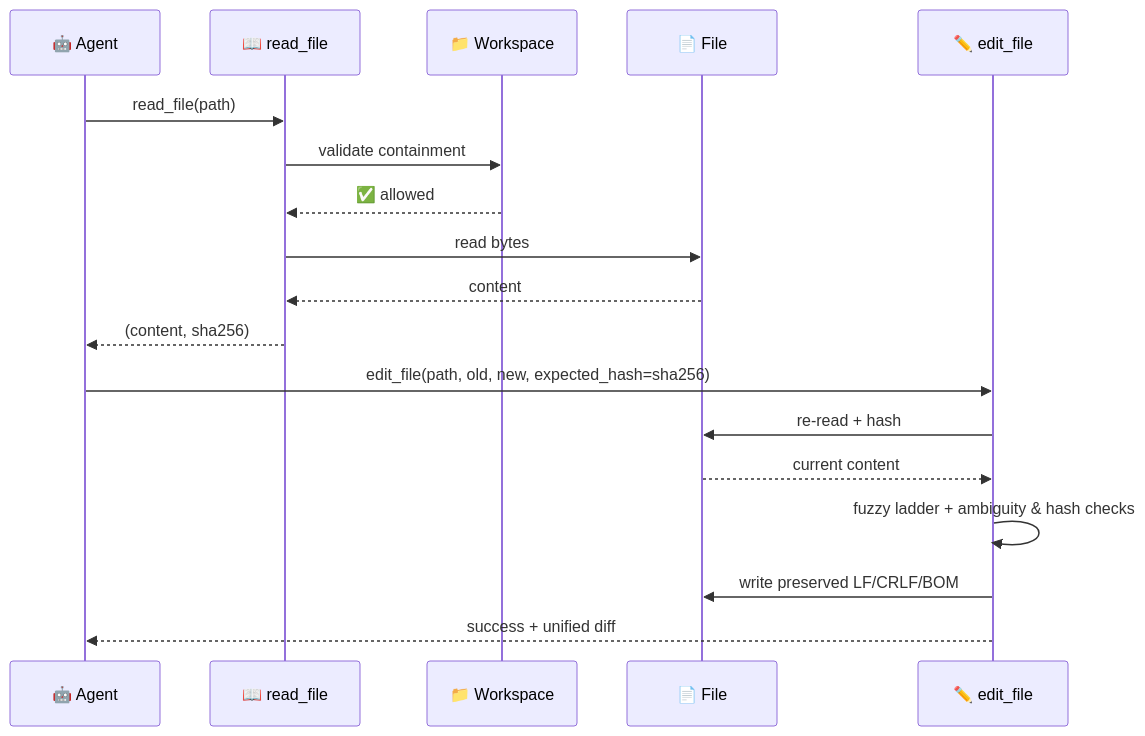
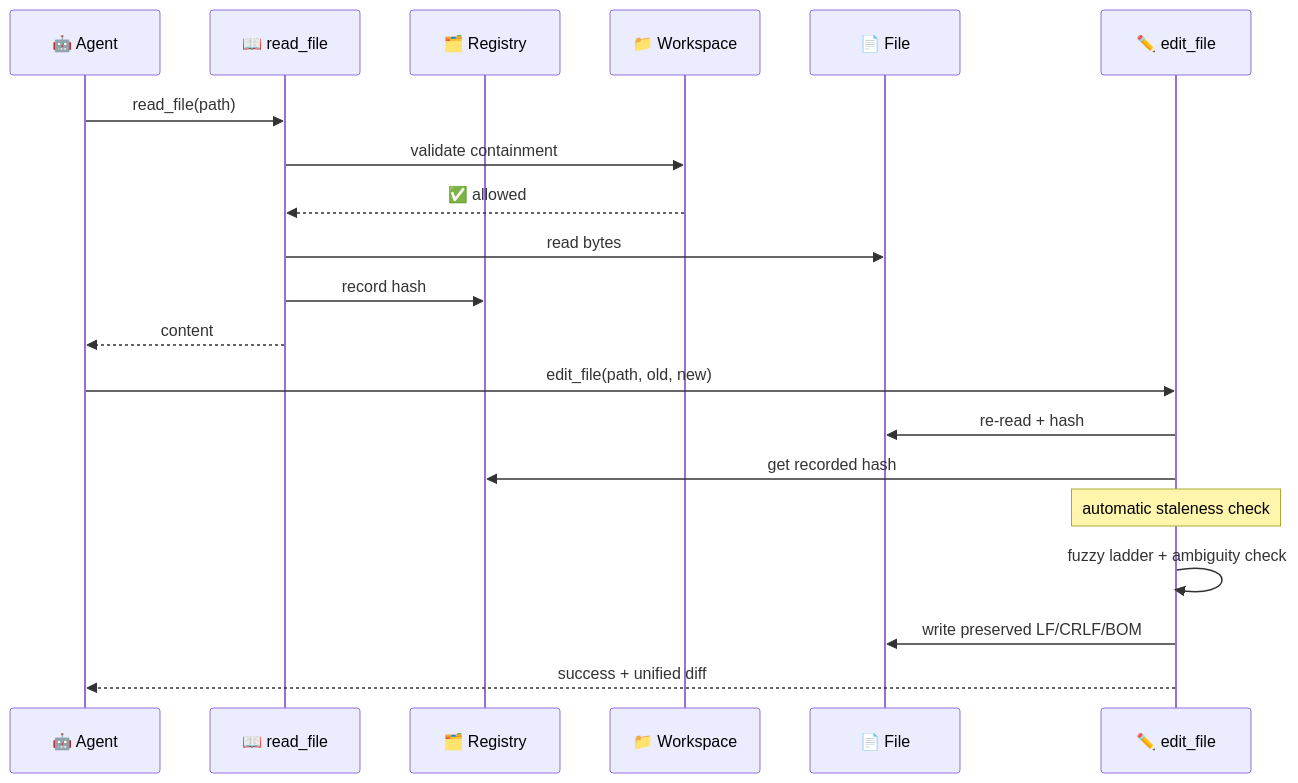
The second of 8 diagrams in docs/features/file-editing.mdx (MervinPraison/PraisonAIDocs), drawn with Mermaid before and after one commit. The commit also changed other lines of this file, not shown here.

First line of the commit message:
docs(file-editing): document automatic stale-write protection, per-file locking, and force=True (fixes #870)

````diff
--- a/docs/features/file-editing.mdx
+++ b/docs/features/file-editing.mdx
@@ -93,21 +97,23 @@
 ```mermaid
 sequenceDiagram
     participant A as 🤖 Agent
     participant R as 📖 read_file
+    participant Reg as 🗂️ Registry
     participant W as 📁 Workspace
     participant F as 📄 File
     participant E as ✏️ edit_file
 
     A->>R: read_file(path)
     R->>W: validate containment
     W-->>R: ✅ allowed
     R->>F: read bytes
-    F-->>R: content
-    R-->>A: (content, sha256)
-    A->>E: edit_file(path, old, new, expected_hash=sha256)
+    R->>Reg: record hash
+    R-->>A: content
+    A->>E: edit_file(path, old, new)
     E->>F: re-read + hash
-    F-->>E: current content
-    E->>E: fuzzy ladder + ambiguity & hash checks
+    E->>Reg: get recorded hash
+    Note over E: automatic staleness check
+    E->>E: fuzzy ladder + ambiguity check
     E->>F: write preserved LF/CRLF/BOM
     E-->>A: success + unified diff
 ```
````
